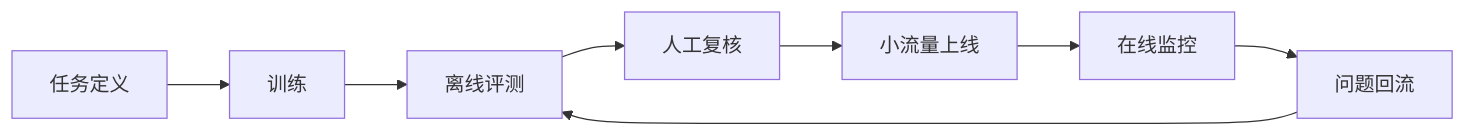
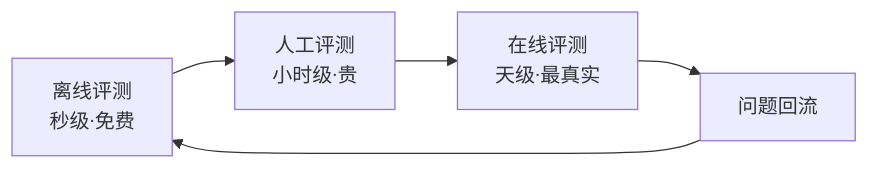
The first of 2 diagrams in chapters/PART16-评测监控与治理/16-1-模型评测体系与指标.md (dwSun/AI-Tutorial), drawn with Mermaid before and after one commit. The commit also changed other lines of this file and 47 other files, not shown here.

````diff
--- a/chapters/PART16-评测监控与治理/16-1-模型评测体系与指标.md
+++ b/chapters/PART16-评测监控与治理/16-1-模型评测体系与指标.md
@@ -16,10 +34,7 @@
 ```mermaid
 flowchart LR
-    A[任务定义] --> B[训练]
-    B --> C[离线评测]
-    C --> D[人工复核]
-    D --> E[小流量上线]
-    E --> F[在线监控]
-    F --> G[问题回流]
-    G --> C
+    A[离线评测<br/>秒级·免费] --> B[人工评测<br/>小时级·贵]
+    B --> C[在线评测<br/>天级·最真实]
+    C --> D[问题回流]
+    D --> A
 ```
````
